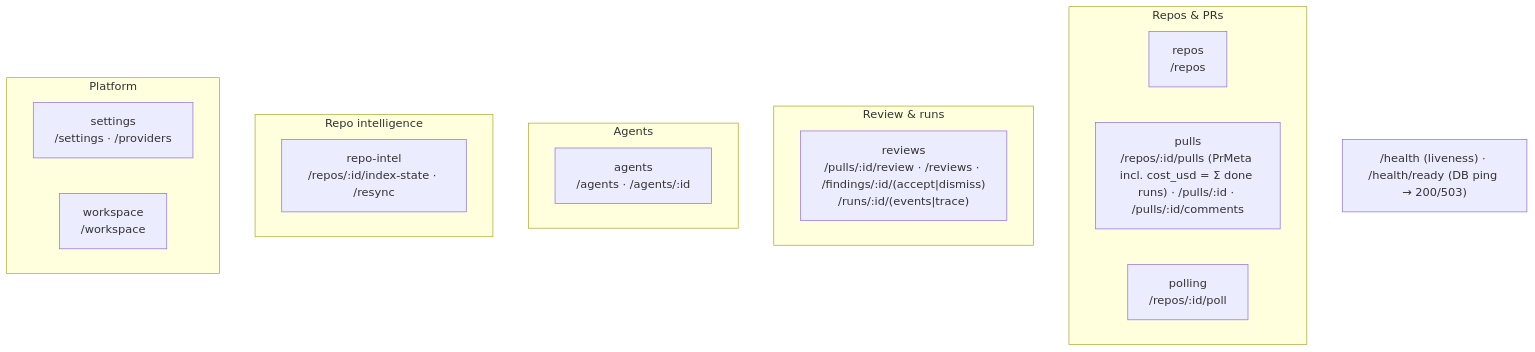
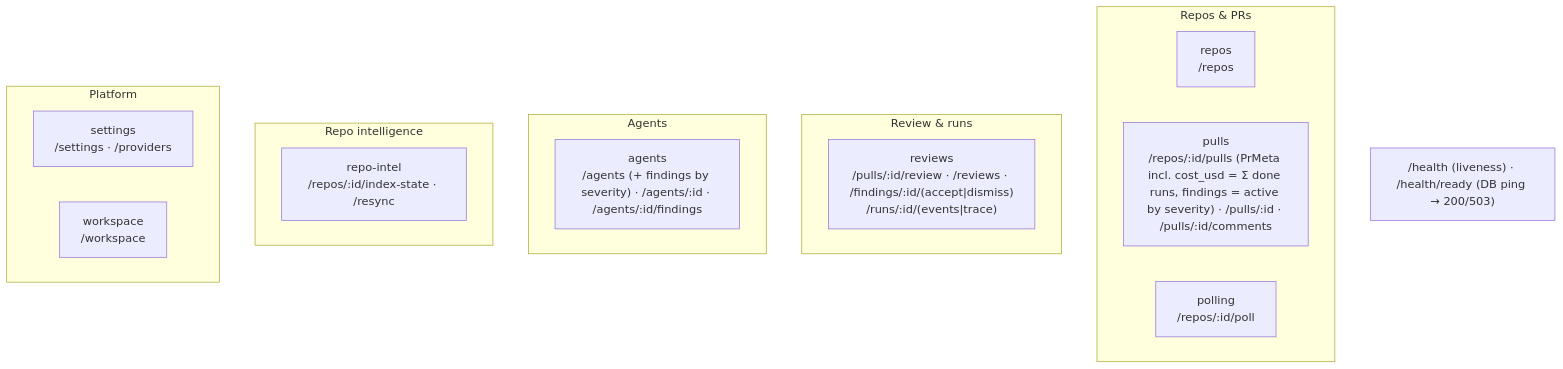
Before and after one commit to IvanBlinov/dev-digest: the second of 2 diagrams in server/README.md, drawn with Mermaid. The commit also changed 52 other files, not shown here.

First line of the commit message:
feat(findings): findings by severity — counters, URL filter, hover previews

````diff
--- a/server/README.md
+++ b/server/README.md
@@ -64,22 +64,22 @@
 ```mermaid
 flowchart TB
   subgraph Repos_PRs["Repos & PRs"]
     repos["repos<br/>/repos"]
-    pulls["pulls<br/>/repos/:id/pulls (PrMeta incl. cost_usd = Σ done runs) · /pulls/:id · /pulls/:id/comments"]
+    pulls["pulls<br/>/repos/:id/pulls (PrMeta incl. cost_usd = Σ done runs, findings = active by severity) · /pulls/:id · /pulls/:id/comments"]
     polling["polling<br/>/repos/:id/poll"]
   end
   subgraph Review["Review & runs"]
     reviews["reviews<br/>/pulls/:id/review · /reviews · /findings/:id/(accept|dismiss)<br/>/runs/:id/(events|trace)"]
   end
   subgraph Agents["Agents"]
-    agents["agents<br/>/agents · /agents/:id"]
+    agents["agents<br/>/agents (+ findings by severity) · /agents/:id · /agents/:id/findings"]
   end
   subgraph Intel["Repo intelligence"]
     repoIntel["repo-intel<br/>/repos/:id/index-state · /resync"]
   end
   subgraph Platform["Platform"]
     settings["settings<br/>/settings · /providers"]
     workspace["workspace<br/>/workspace"]
   end
   HEALTH["/health (liveness) · /health/ready (DB ping → 200/503)"]
 ```
````
